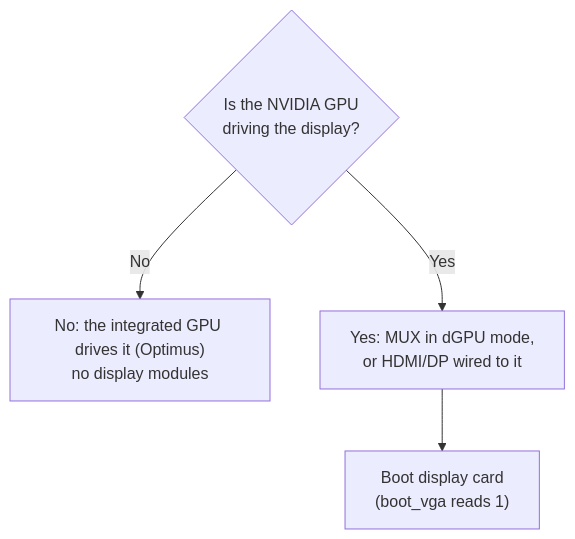
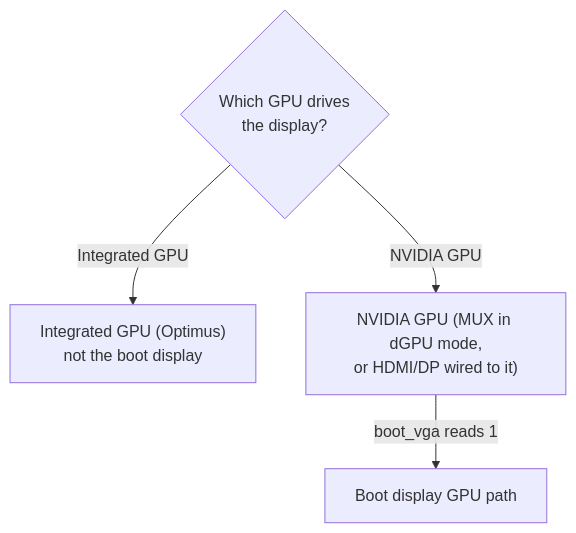
The diagram in docs/laptops.md (noon-at-cgn/geforce-sriov), drawn with Mermaid before and after one commit. The commit also changed other lines of this file and 86 other files, not shown here.

````diff
--- a/docs/laptops.md
+++ b/docs/laptops.md
@@ -129,10 +113,10 @@
 ```mermaid
 flowchart TD
-    Q{"Is the NVIDIA GPU<br/>driving the display?"}
-    O["No: the integrated GPU drives it (Optimus)<br/>no display modules"]
-    M["Yes: MUX in dGPU mode,<br/>or HDMI/DP wired to it"]
-    B["Boot display card<br/>(boot_vga reads 1)"]
-    Q -->|"No"| O
-    Q -->|"Yes"| M
-    M --> B
+    Q{"Which GPU drives<br/>the display?"}
+    O["Integrated GPU (Optimus)<br/>not the boot display"]
+    M["NVIDIA GPU (MUX in dGPU mode,<br/>or HDMI/DP wired to it)"]
+    B["Boot display GPU path"]
+    Q -->|"Integrated GPU"| O
+    Q -->|"NVIDIA GPU"| M
+    M -->|"boot_vga reads 1"| B
 ```
````
